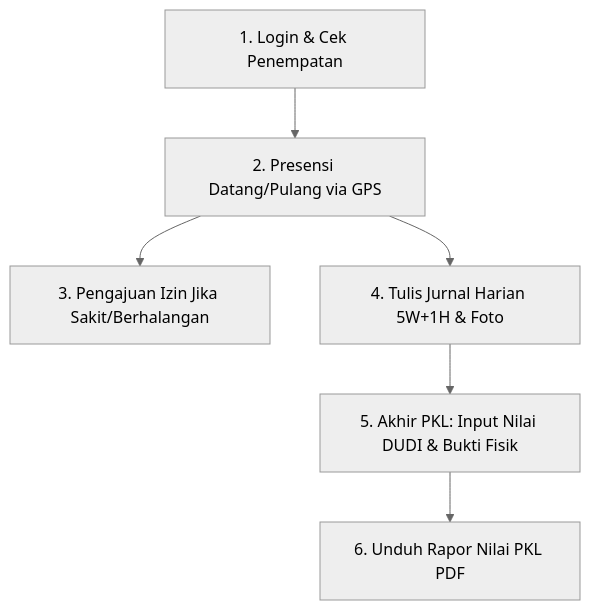
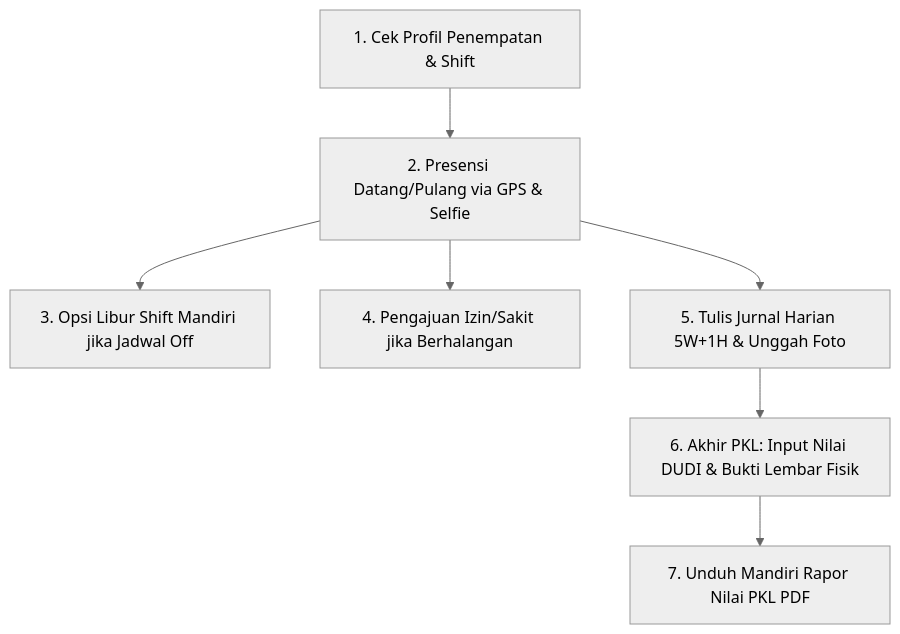
Before and after one commit to luphihart/pklku: the fourth of 4 diagrams in alur kerja.md, drawn with Mermaid (neutral theme). The commit also changed other lines of this file and 1 other file, not shown here.

````diff
--- a/alur kerja.md
+++ b/alur kerja.md
@@ -146,8 +162,9 @@
 ```mermaid
 flowchart TD
-    M1[1. Login & Cek Penempatan] --> M2[2. Presensi Datang/Pulang via GPS]
-    M2 --> M3[3. Pengajuan Izin Jika Sakit/Berhalangan]
-    M2 --> M4[4. Tulis Jurnal Harian 5W+1H & Foto]
-    M4 --> M5[5. Akhir PKL: Input Nilai DUDI & Bukti Fisik]
-    M5 --> M6[6. Unduh Rapor Nilai PKL PDF]
+    M1[1. Cek Profil Penempatan & Shift] --> M2[2. Presensi Datang/Pulang via GPS & Selfie]
+    M2 --> M3[3. Opsi Libur Shift Mandiri jika Jadwal Off]
+    M2 --> M4[4. Pengajuan Izin/Sakit jika Berhalangan]
+    M2 --> M5[5. Tulis Jurnal Harian 5W+1H & Unggah Foto]
+    M5 --> M6[6. Akhir PKL: Input Nilai DUDI & Bukti Lembar Fisik]
+    M6 --> C5[7. Unduh Mandiri Rapor Nilai PKL PDF]
 ```
````
